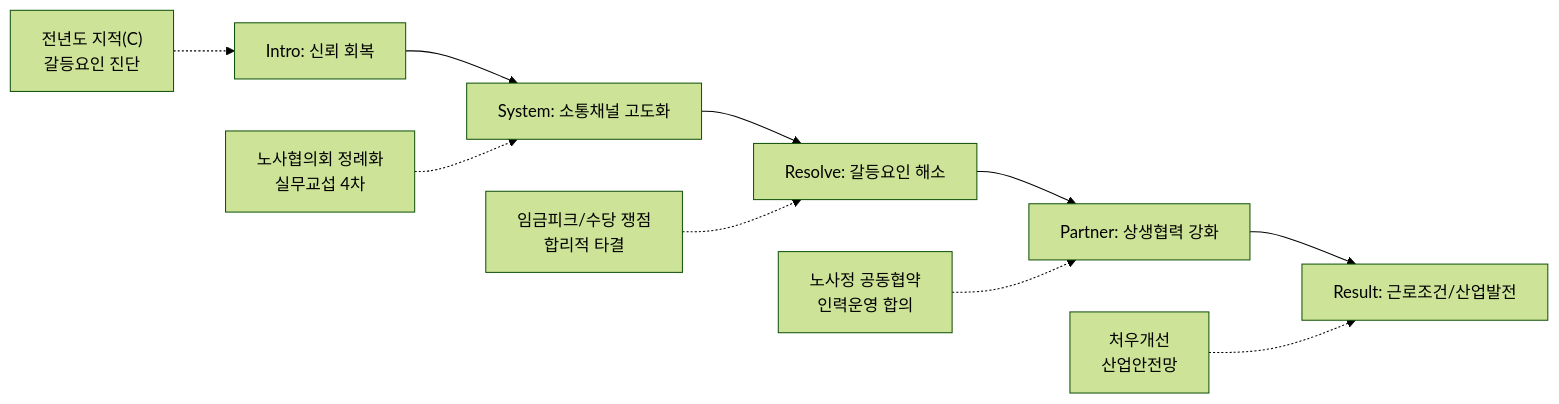
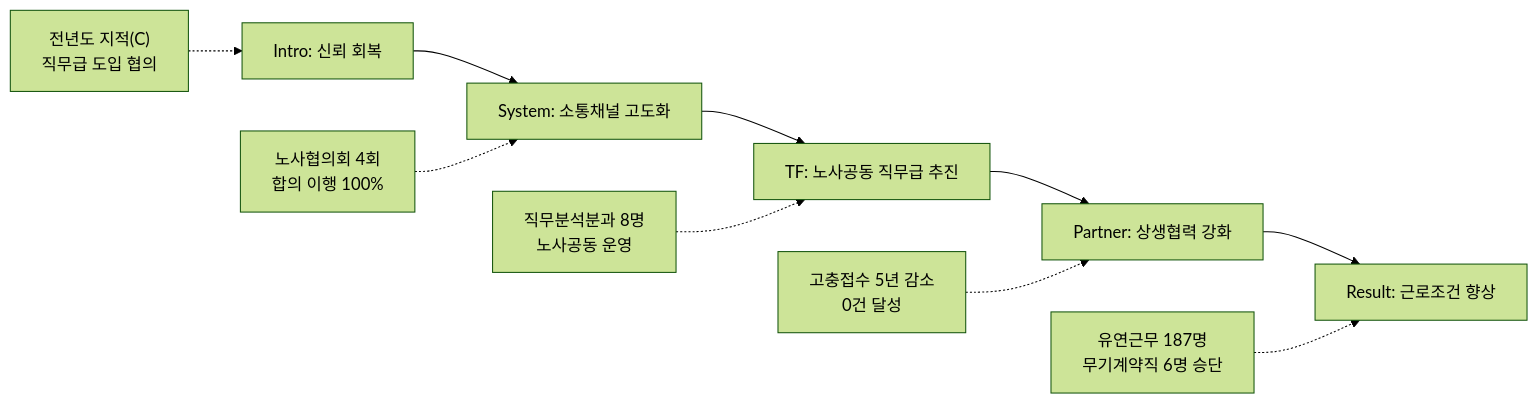
Before and after one commit to lizard4r/eval25: the diagram in content/25년 경평/2_지표별 자료/1-9_노사관계/5_지표_작성_방안.md, drawn with Mermaid (forest theme). The commit also changed other lines of this file and 15 other files, not shown here.

````diff
--- a/content/25년 경평/2_지표별 자료/1-9_노사관계/5_지표_작성_방안.md
+++ b/content/25년 경평/2_지표별 자료/1-9_노사관계/5_지표_작성_방안.md
@@ -65,13 +66,13 @@
 ```mermaid
 graph LR
     A["Intro: 신뢰 회복"] --> B["System: 소통채널 고도화"]
-    B --> C["Resolve: 갈등요인 해소"]
+    B --> C["TF: 노사공동 직무급 추진"]
     C --> D["Partner: 상생협력 강화"]
-    D --> E["Result: 근로조건/산업발전"]
+    D --> E["Result: 근로조건 향상"]
     
-    A1["전년도 지적(C)<br>갈등요인 진단"] -.-> A
-    B1["노사협의회 정례화<br>실무교섭 4차"] -.-> B
-    C1["임금피크/수당 쟁점<br>합리적 타결"] -.-> C
-    D1["노사정 공동협약<br>인력운영 합의"] -.-> D
-    E1["처우개선<br>산업안전망"] -.-> E
+    A1["전년도 지적(C)<br>직무급 도입 협의"] -.-> A
+    B1["노사협의회 4회<br>합의 이행 100%"] -.-> B
+    C1["직무분석분과 8명<br>노사공동 운영"] -.-> C
+    D1["고충접수 5년 감소<br>0건 달성"] -.-> D
+    E1["유연근무 187명<br>무기계약직 6명 승단"] -.-> E
 ```
````
